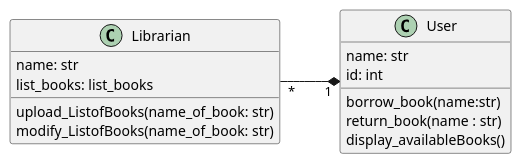
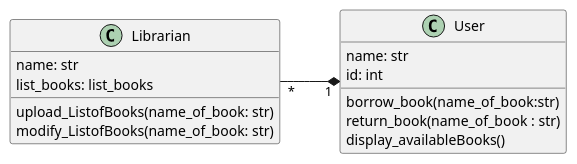
Before and after one commit to MarianaGb12/PrimerParcial: the diagram in UMLdiagram.puml, drawn with PlantUML.

```diff
--- a/UMLdiagram.puml
+++ b/UMLdiagram.puml
@@ -1,21 +1,21 @@
 @startuml
 left to right direction
 
 class Librarian{
 name: str
 list_books: list_books
 upload_ListofBooks(name_of_book: str)
 modify_ListofBooks(name_of_book: str)
 }
 
 class User{
 name: str
 id: int
-borrow_book(name:str)
-return_book(name : str)
+borrow_book(name_of_book:str)
+return_book(name_of_book : str)
 display_availableBooks()
 }
 
 Librarian "*" --*  "1" User
 
 @enduml
```
